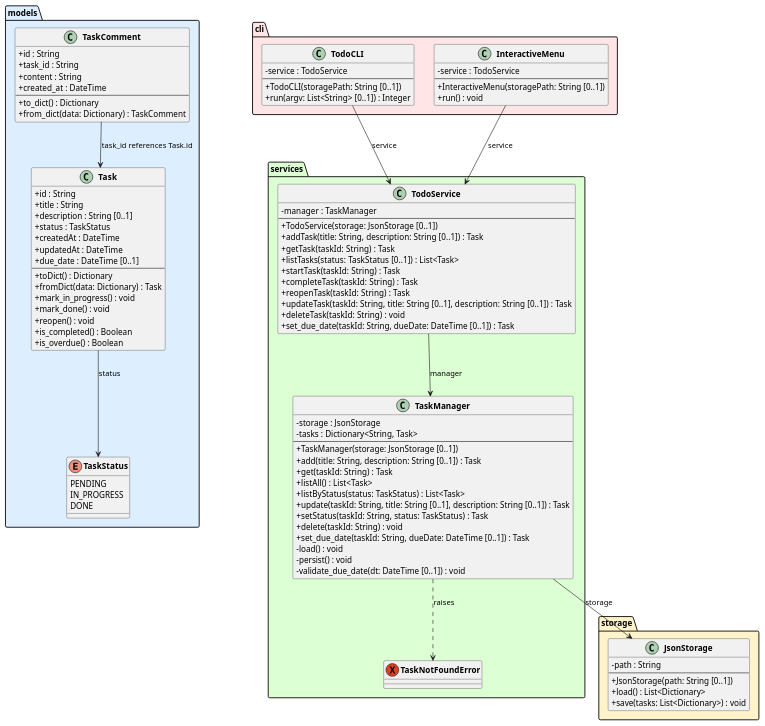
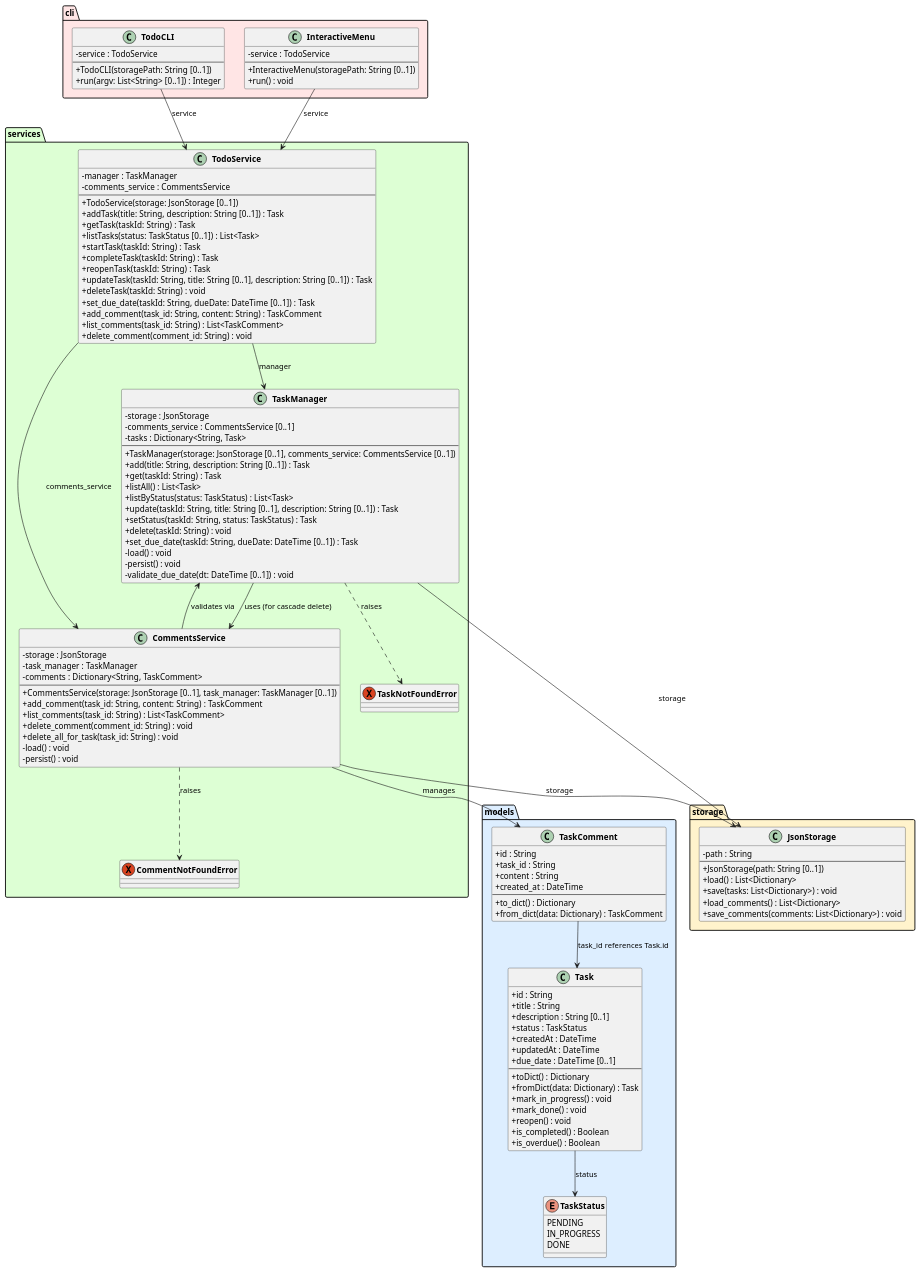
Before and after one commit to DanielRiha8906/Software_autoevolution_using_agents: the diagram in experiments/supervisor_as_tools/structured_text/TODO/artifacts/class_diagram.puml, drawn with PlantUML. The commit also changed 11 other files, not shown here.

First line of the commit message:
task 04 | supervisor_as_tools / structured_text / TODO

```diff
--- a/experiments/supervisor_as_tools/structured_text/TODO/artifacts/class_diagram.puml
+++ b/experiments/supervisor_as_tools/structured_text/TODO/artifacts/class_diagram.puml
@@ -1,113 +1,141 @@
 @startuml class_diagram
 
 skinparam classAttributeIconSize 0
 skinparam classFontStyle bold
 
 package "models" #DDEEFF {
     enum TaskStatus {
         PENDING
         IN_PROGRESS
         DONE
     }
 
     class Task {
         +id : String
         +title : String
         +description : String [0..1]
         +status : TaskStatus
         +createdAt : DateTime
         +updatedAt : DateTime
         +due_date : DateTime [0..1]
         --
         +toDict() : Dictionary
         +fromDict(data: Dictionary) : Task
         +mark_in_progress() : void
         +mark_done() : void
         +reopen() : void
         +is_completed() : Boolean
         +is_overdue() : Boolean
     }
 
     class TaskComment {
         +id : String
         +task_id : String
         +content : String
         +created_at : DateTime
         --
         +to_dict() : Dictionary
         +from_dict(data: Dictionary) : TaskComment
     }
 }
 
 package "storage" #FFF3CC {
     class JsonStorage {
         -path : String
         --
         +JsonStorage(path: String [0..1])
         +load() : List<Dictionary>
         +save(tasks: List<Dictionary>) : void
+        +load_comments() : List<Dictionary>
+        +save_comments(comments: List<Dictionary>) : void
     }
 }
 
 package "services" #DDFFD4 {
     exception TaskNotFoundError
+    exception CommentNotFoundError
 
     class TaskManager {
         -storage : JsonStorage
+        -comments_service : CommentsService [0..1]
         -tasks : Dictionary<String, Task>
         --
-        +TaskManager(storage: JsonStorage [0..1])
+        +TaskManager(storage: JsonStorage [0..1], comments_service: CommentsService [0..1])
         +add(title: String, description: String [0..1]) : Task
         +get(taskId: String) : Task
         +listAll() : List<Task>
         +listByStatus(status: TaskStatus) : List<Task>
         +update(taskId: String, title: String [0..1], description: String [0..1]) : Task
         +setStatus(taskId: String, status: TaskStatus) : Task
         +delete(taskId: String) : void
         +set_due_date(taskId: String, dueDate: DateTime [0..1]) : Task
         -load() : void
         -persist() : void
         -validate_due_date(dt: DateTime [0..1]) : void
     }
 
+    class CommentsService {
+        -storage : JsonStorage
+        -task_manager : TaskManager
+        -comments : Dictionary<String, TaskComment>
+        --
+        +CommentsService(storage: JsonStorage [0..1], task_manager: TaskManager [0..1])
+        +add_comment(task_id: String, content: String) : TaskComment
+        +list_comments(task_id: String) : List<TaskComment>
+        +delete_comment(comment_id: String) : void
+        +delete_all_for_task(task_id: String) : void
+        -load() : void
+        -persist() : void
+    }
+
     class TodoService {
         -manager : TaskManager
+        -comments_service : CommentsService
         --
         +TodoService(storage: JsonStorage [0..1])
         +addTask(title: String, description: String [0..1]) : Task
         +getTask(taskId: String) : Task
         +listTasks(status: TaskStatus [0..1]) : List<Task>
         +startTask(taskId: String) : Task
         +completeTask(taskId: String) : Task
         +reopenTask(taskId: String) : Task
         +updateTask(taskId: String, title: String [0..1], description: String [0..1]) : Task
         +deleteTask(taskId: String) : void
         +set_due_date(taskId: String, dueDate: DateTime [0..1]) : Task
+        +add_comment(task_id: String, content: String) : TaskComment
+        +list_comments(task_id: String) : List<TaskComment>
+        +delete_comment(comment_id: String) : void
     }
 }
 
 package "cli" #FFE5E5 {
     class TodoCLI {
         -service : TodoService
         --
         +TodoCLI(storagePath: String [0..1])
         +run(argv: List<String> [0..1]) : Integer
     }
 
     class InteractiveMenu {
         -service : TodoService
         --
         +InteractiveMenu(storagePath: String [0..1])
         +run() : void
     }
 }
 
 Task --> TaskStatus : status
 TaskComment --> Task : task_id references Task.id
 TaskManager --> JsonStorage : storage
+TaskManager --> CommentsService : uses (for cascade delete)
 TaskManager ..> TaskNotFoundError : raises
+CommentsService --> JsonStorage : storage
+CommentsService --> TaskManager : validates via
+CommentsService --> TaskComment : manages
+CommentsService ..> CommentNotFoundError : raises
 TodoService --> TaskManager : manager
+TodoService --> CommentsService : comments_service
 TodoCLI --> TodoService : service
 InteractiveMenu --> TodoService : service
 
 @enduml
```
